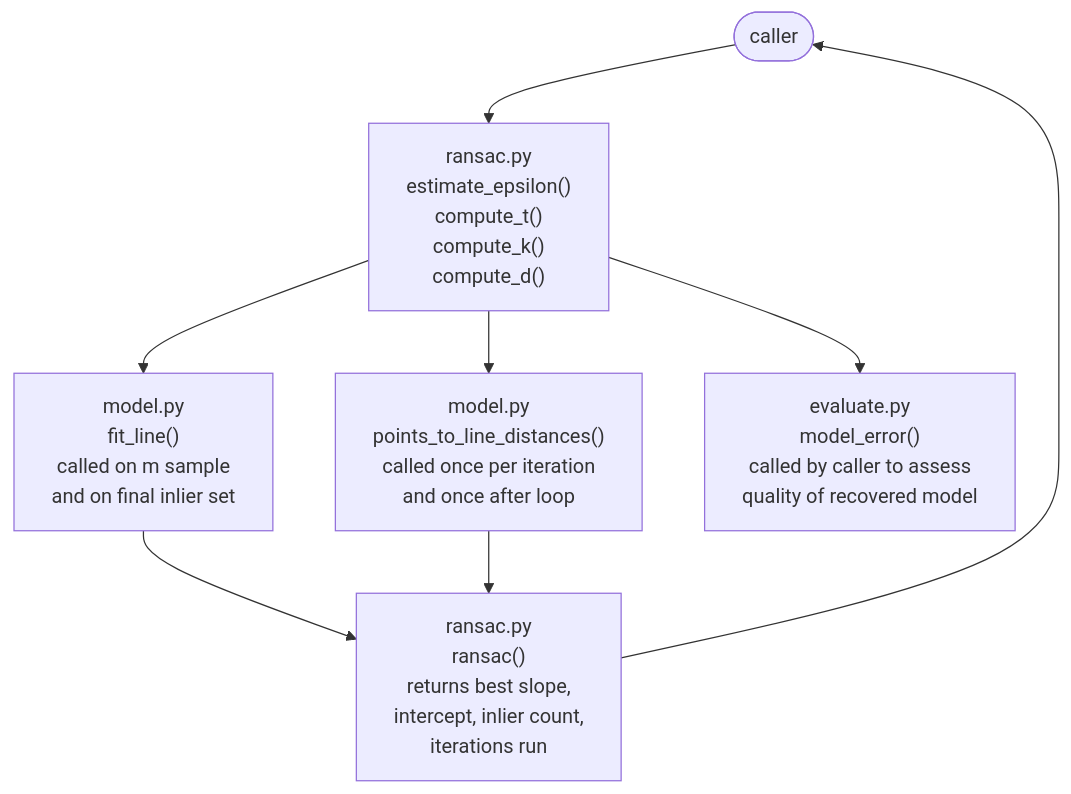
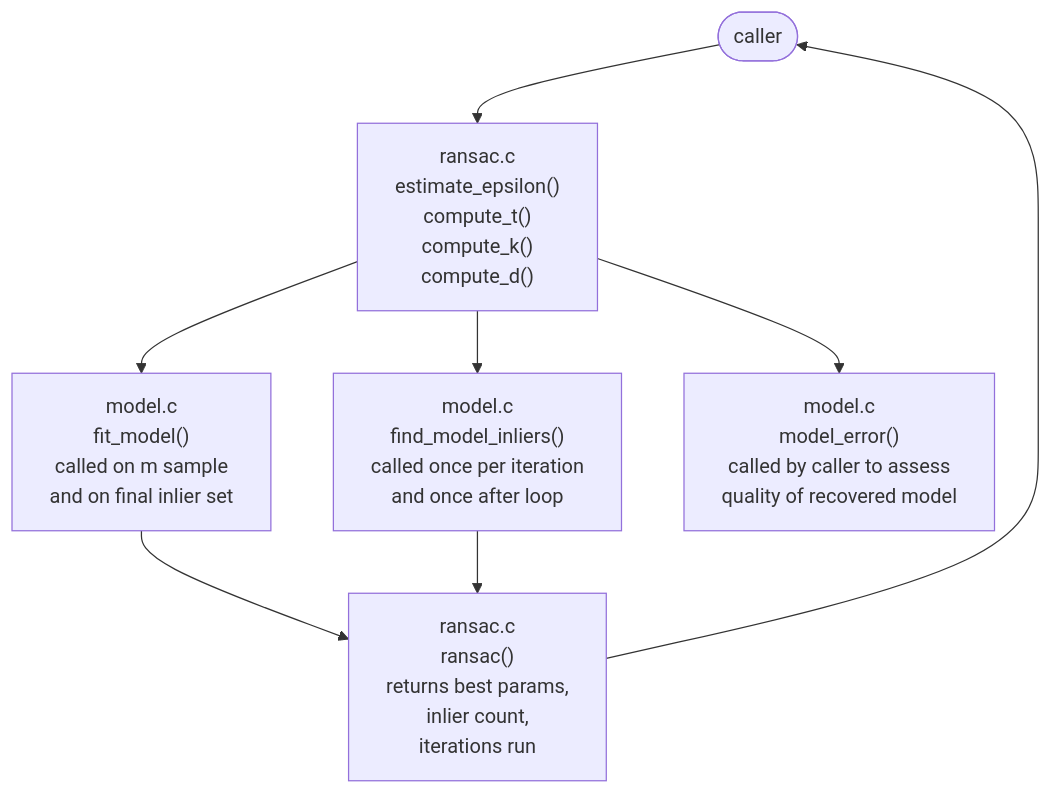
One commit to arshsinghphd/RANSAC-analysis changed the second of 2 diagrams in README.md. Above: the diagram before and after it, drawn with Mermaid. The commit also changed other lines of this file, not shown here.

````diff
--- a/README.md
+++ b/README.md
@@ -439,39 +453,32 @@
 ```mermaid
 flowchart TD
     A([caller]) --> B
-
-    B["ransac.py
+    B["ransac.c
     estimate_epsilon()
     compute_t()
     compute_k()
     compute_d()"]
     B --> C
     B --> D
     B --> E
-
-    C["model.py
-    fit_line()
+    C["model.c
+    fit_model()
     called on m sample
     and on final inlier set"]
-
-    D["model.py
-    points_to_line_distances()
+    D["model.c
+    find_model_inliers()
     called once per iteration
     and once after loop"]
-
-    E["evaluate.py
+    E["model.c
     model_error()
     called by caller to assess
     quality of recovered model"]
-
     C --> F
     D --> F
-
-    F["ransac.py
+    F["ransac.c
     ransac()
-    returns best slope,
-    intercept, inlier count,
+    returns best params,
+    inlier count,
     iterations run"]
-
     F --> A
 ```
````
